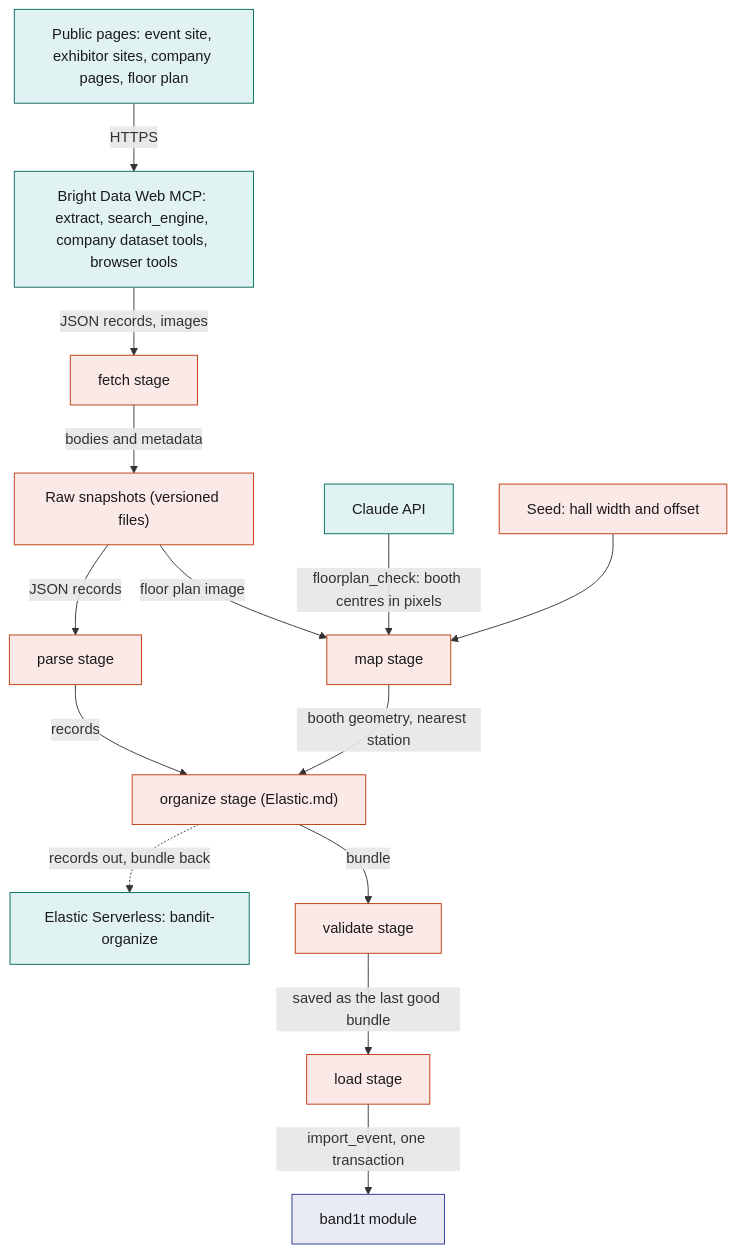
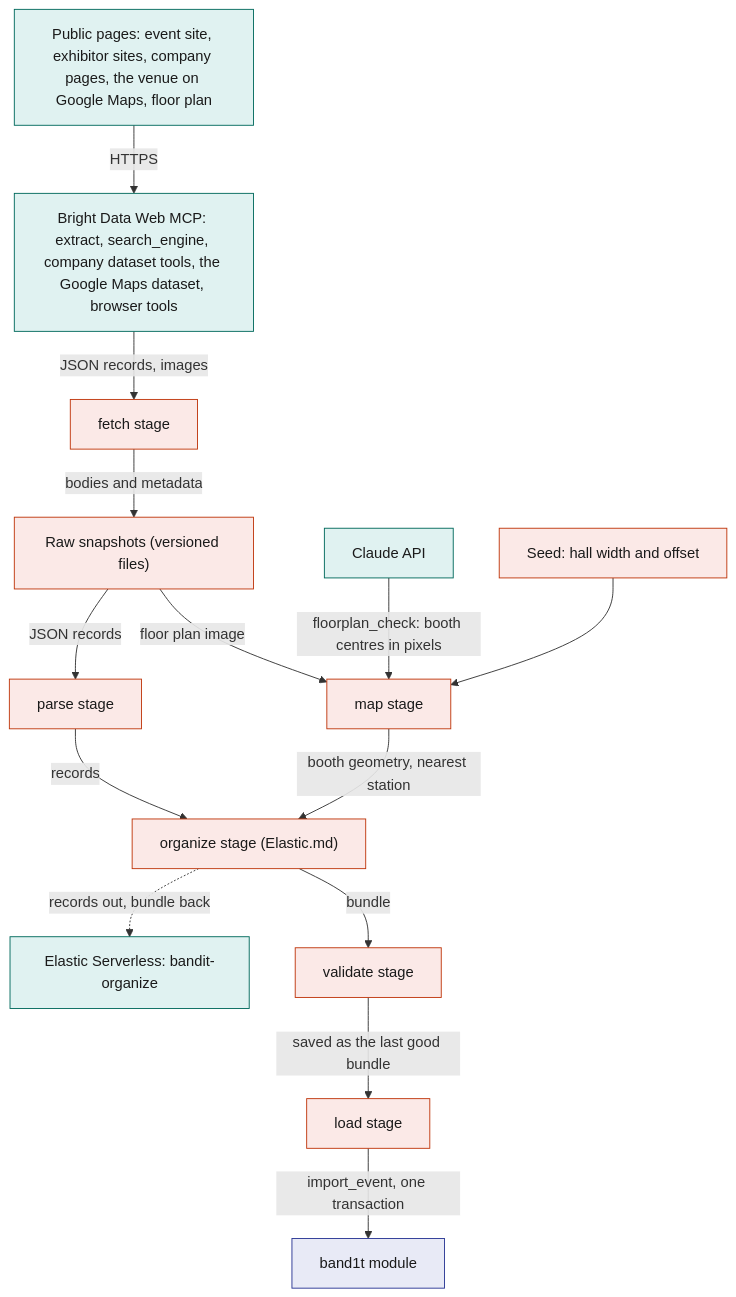
One commit to viktorinkov/cal-hacks-13 changed the first of 4 diagrams in System Design/7-integrations/BrightData.md. Above: the diagram before and after it, drawn with Mermaid. The commit also changed other lines of this file and 15 other files, not shown here.

````diff
--- a/System Design/7-integrations/BrightData.md
+++ b/System Design/7-integrations/BrightData.md
@@ -97,22 +99,22 @@
 ```mermaid
 flowchart TB
-  SRC["Public pages: event site, exhibitor sites, company pages, floor plan"] -->|"HTTPS"| BD["Bright Data Web MCP: extract, search_engine, company dataset tools, browser tools"]
+  SRC["Public pages: event site, exhibitor sites, company pages, the venue on Google Maps, floor plan"] -->|"HTTPS"| BD["Bright Data Web MCP: extract, search_engine, company dataset tools, the Google Maps dataset, browser tools"]
   BD -->|"JSON records, images"| F["fetch stage"]
   F -->|"bodies and metadata"| SNAP["Raw snapshots (versioned files)"]
   SNAP -->|"JSON records"| P["parse stage"]
   SNAP -->|"floor plan image"| M["map stage"]
   CL["Claude API"] -->|"floorplan_check: booth centres in pixels"| M
   SEED["Seed: hall width and offset"] --> M
   P -->|"records"| O["organize stage (Elastic.md)"]
   M -->|"booth geometry, nearest station"| O
   O -.->|"records out, bundle back"| ES["Elastic Serverless: bandit-organize"]
   O -->|"bundle"| V["validate stage"]
   V -->|"saved as the last good bundle"| L["load stage"]
   L -->|"import_event, one transaction"| STDB["band1t module"]
   classDef rust fill:#FBE9E7,stroke:#BF360C,color:#1A1A1A
   classDef stdb fill:#E8EAF6,stroke:#283593,color:#1A1A1A
   classDef ext fill:#E0F2F1,stroke:#00695C,color:#1A1A1A
   class F,P,M,O,V,L,SNAP,SEED rust
   class STDB stdb
   class SRC,BD,CL,ES ext
 ```
````
